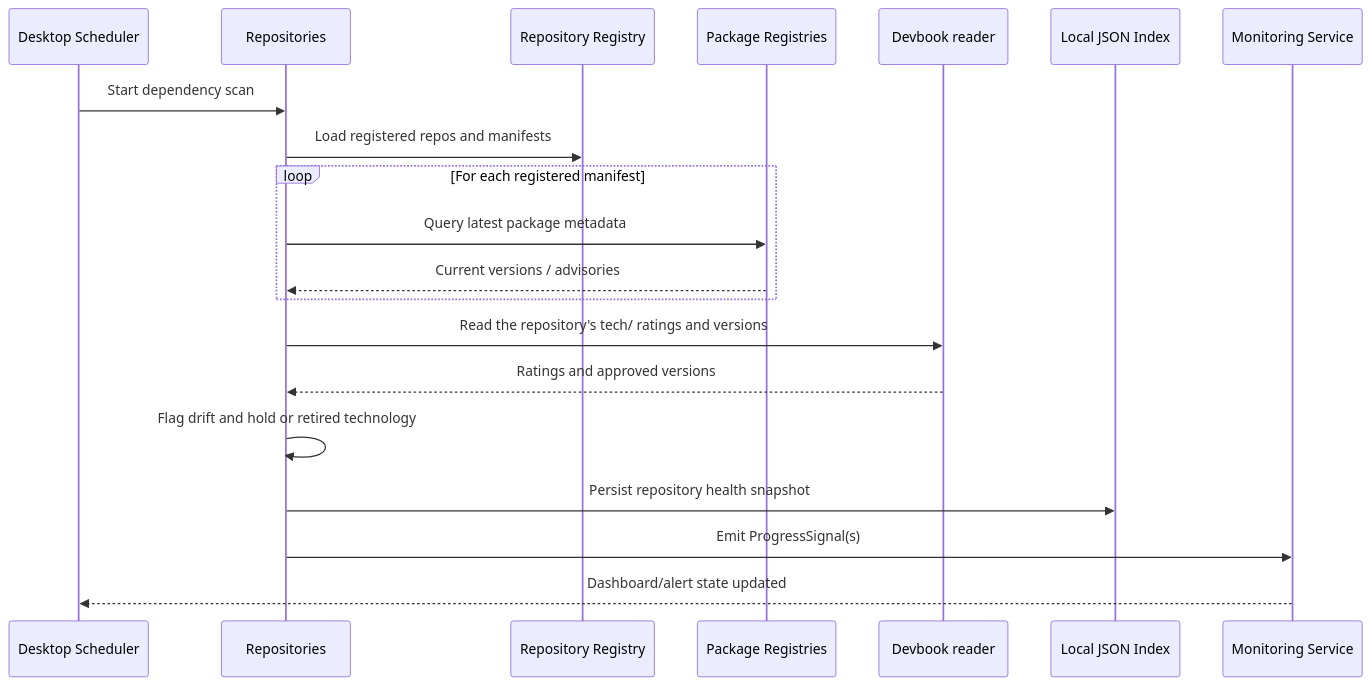
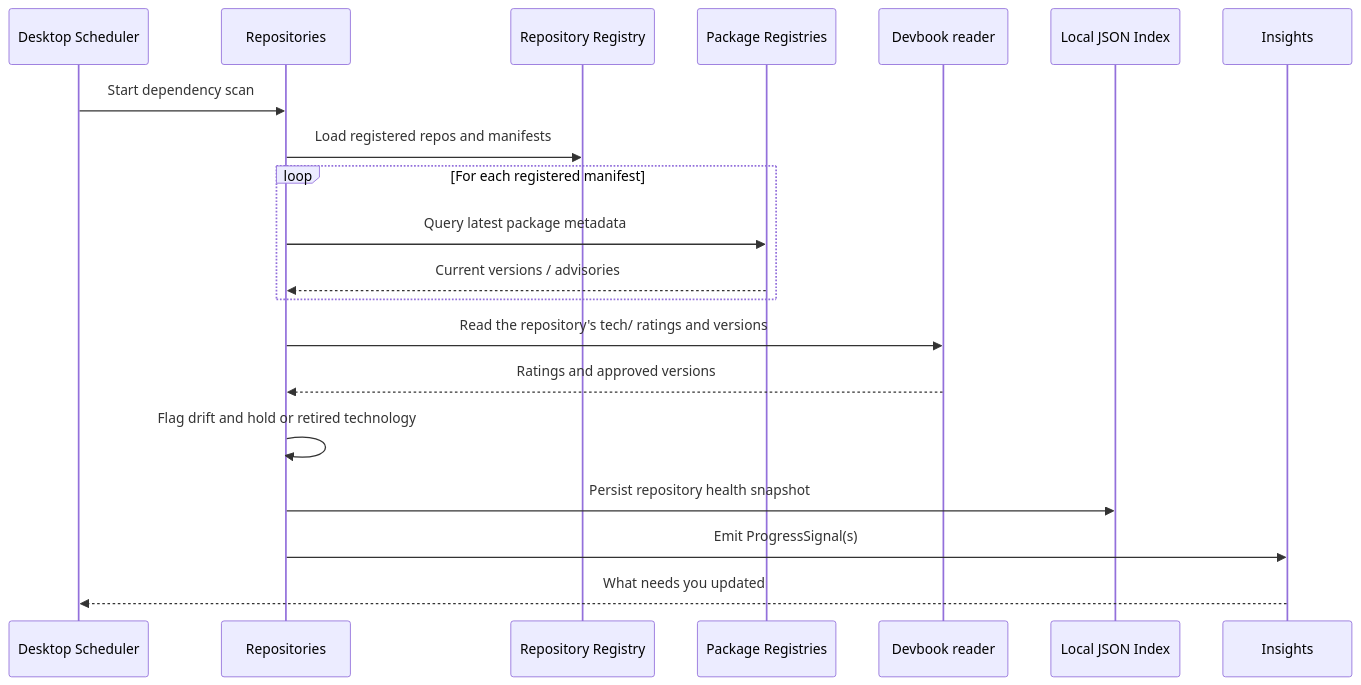
The ninth of 13 diagrams in .devbook/arc42/06-runtime-view.md (JSdotNet/Backlog), drawn with Mermaid before and after one commit. The commit also changed other lines of this file and 478 other files, not shown here.

First line of the commit message:
refactor(insights): rename the Dashboard module to Insights under ADR 0073

````diff
--- a/.devbook/arc42/06-runtime-view.md
+++ b/.devbook/arc42/06-runtime-view.md
@@ -468,23 +468,23 @@
 ```mermaid
 sequenceDiagram
     participant Scheduler as Desktop Scheduler
     participant RepoMgmt as Repositories
     participant RepoRegistry as Repository Registry
     participant Pkg as Package Registries
     participant Devbook as Devbook reader
     participant Index as Local JSON Index
-    participant Monitoring as Monitoring Service
+    participant Insights as Insights
 
     Scheduler->>RepoMgmt: Start dependency scan
     RepoMgmt->>RepoRegistry: Load registered repos and manifests
     loop For each registered manifest
         RepoMgmt->>Pkg: Query latest package metadata
         Pkg-->>RepoMgmt: Current versions / advisories
     end
     RepoMgmt->>Devbook: Read the repository's tech/ ratings and versions
     Devbook-->>RepoMgmt: Ratings and approved versions
     RepoMgmt->>RepoMgmt: Flag drift and hold or retired technology
     RepoMgmt->>Index: Persist repository health snapshot
-    RepoMgmt->>Monitoring: Emit ProgressSignal(s)
-    Monitoring-->>Scheduler: Dashboard/alert state updated
+    RepoMgmt->>Insights: Emit ProgressSignal(s)
+    Insights-->>Scheduler: What needs you updated
 ```
````
